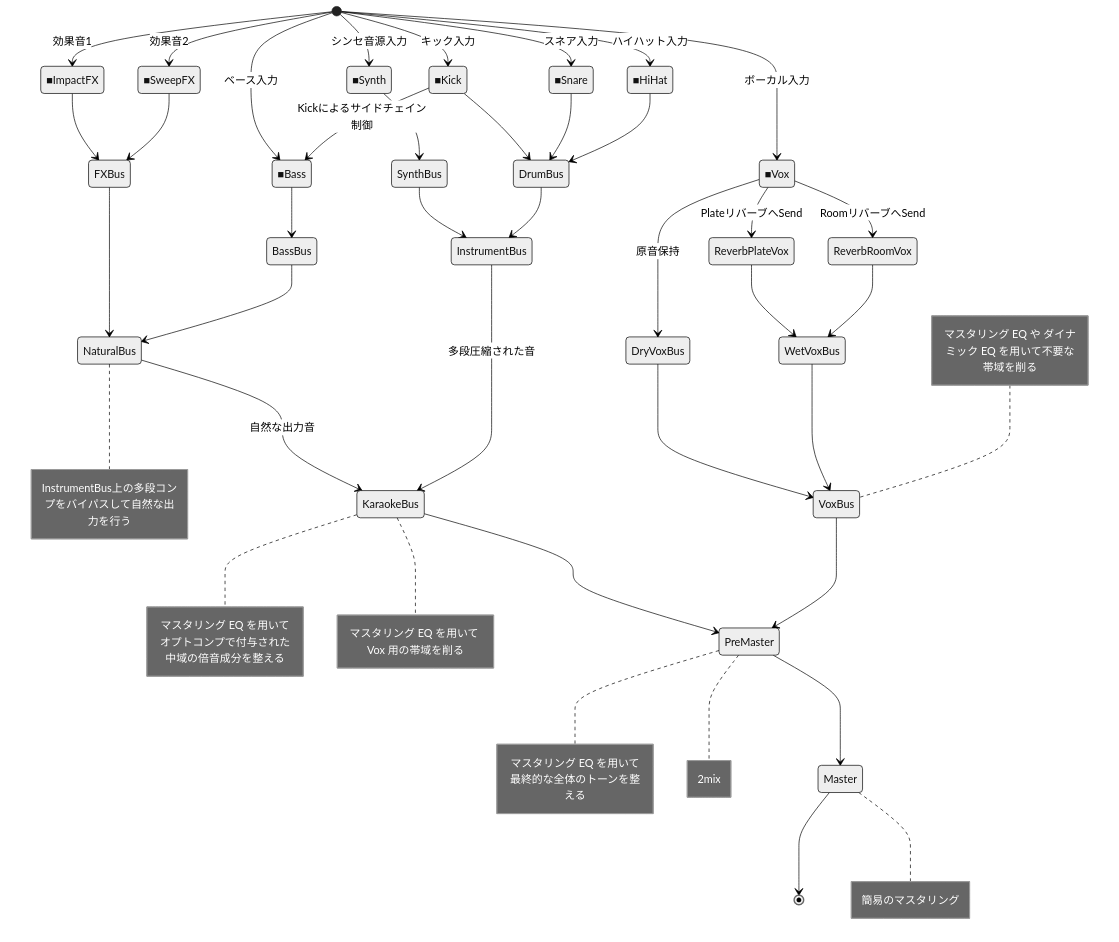
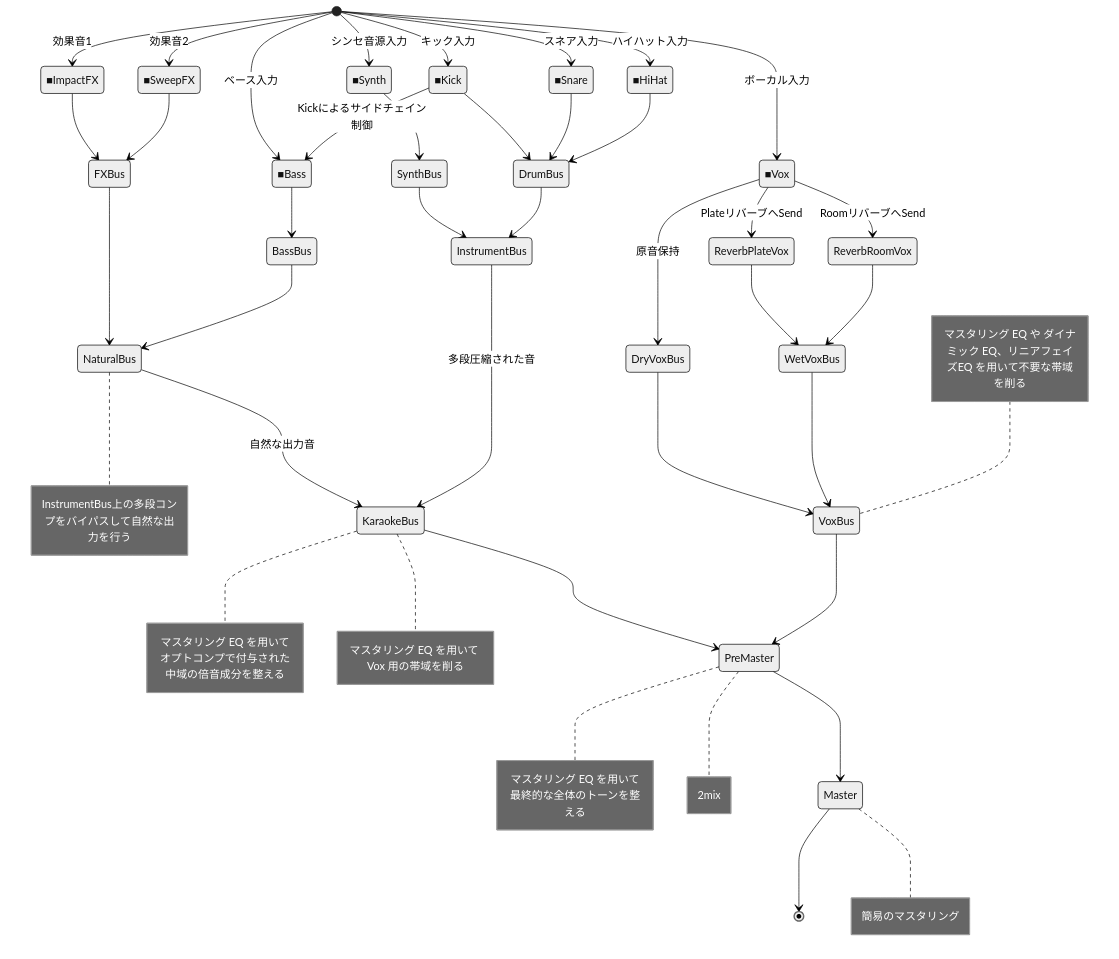
One commit to iamyukihiro/general-mixing-architecture changed the diagram in README.md. Above: the diagram before and after it, drawn with Mermaid (neutral theme).

````diff
--- a/README.md
+++ b/README.md
@@ -10,60 +10,60 @@
 ```mermaid
 stateDiagram
     %% 楽器・ボーカルの入力
     [*] --> ■Synth : シンセ音源入力
     [*] --> ■Kick : キック入力
     [*] --> ■Bass : ベース入力
     [*] --> ■Snare : スネア入力
     [*] --> ■HiHat : ハイハット入力
     [*] --> ■ImpactFX : 効果音1
     [*] --> ■SweepFX : 効果音2
     [*] --> ■Vox : ボーカル入力
 
     %% Busへのルーティング
     ■Synth --> SynthBus
     ■Kick --> DrumBus
     ■Snare --> DrumBus
     ■HiHat --> DrumBus
     ■ImpactFX --> FXBus
     ■SweepFX --> FXBus
     ■Kick --> ■Bass : Kickによるサイドチェイン制御
     ■Bass --> BassBus
 
     %% ボーカル処理：DryとReverb Sendに分岐
     ■Vox --> DryVoxBus : 原音保持
     ■Vox --> ReverbPlateVox : PlateリバーブへSend
     ■Vox --> ReverbRoomVox : RoomリバーブへSend
 
     %% リバーブ音をWetVoxBusへ統合
     ReverbPlateVox --> WetVoxBus
     ReverbRoomVox --> WetVoxBus
 
     %% PreVoxでDry/Wetを合流
     DryVoxBus --> VoxBus
     WetVoxBus --> VoxBus
 
     %% KaraokeBusはVoxを含まずInstrumentのみ
     SynthBus --> InstrumentBus
     DrumBus --> InstrumentBus
 
     %% 各バスをPreMasterへ統合
     FXBus --> NaturalBus: 
     note right of NaturalBus : InstrumentBus上の多段コンプをバイパスして自然な出力を行う
     BassBus --> NaturalBus
     NaturalBus --> KaraokeBus : 自然な出力音
     KaraokeBus --> PreMaster
     note right of KaraokeBus : マスタリング EQ を用いてオプトコンプで付与された中域の倍音成分を整える
     note right of KaraokeBus : マスタリング EQ を用いて Vox 用の帯域を削る
                
     InstrumentBus --> KaraokeBus : 多段圧縮された音
     VoxBus --> PreMaster
-     note left of VoxBus : マスタリング EQ や ダイナミック EQ を用いて不要な帯域を削る
+     note left of VoxBus : マスタリング EQ や ダイナミック EQ、リニアフェイズEQ を用いて不要な帯域を削る
 
     %% Master出力
     PreMaster --> Master
     note right of PreMaster : マスタリング EQ を用いて最終的な全体のトーンを整える
     note right of PreMaster : 2mix
 
     Master --> [*]
     note right of Master : 簡易のマスタリング
 ```
````
